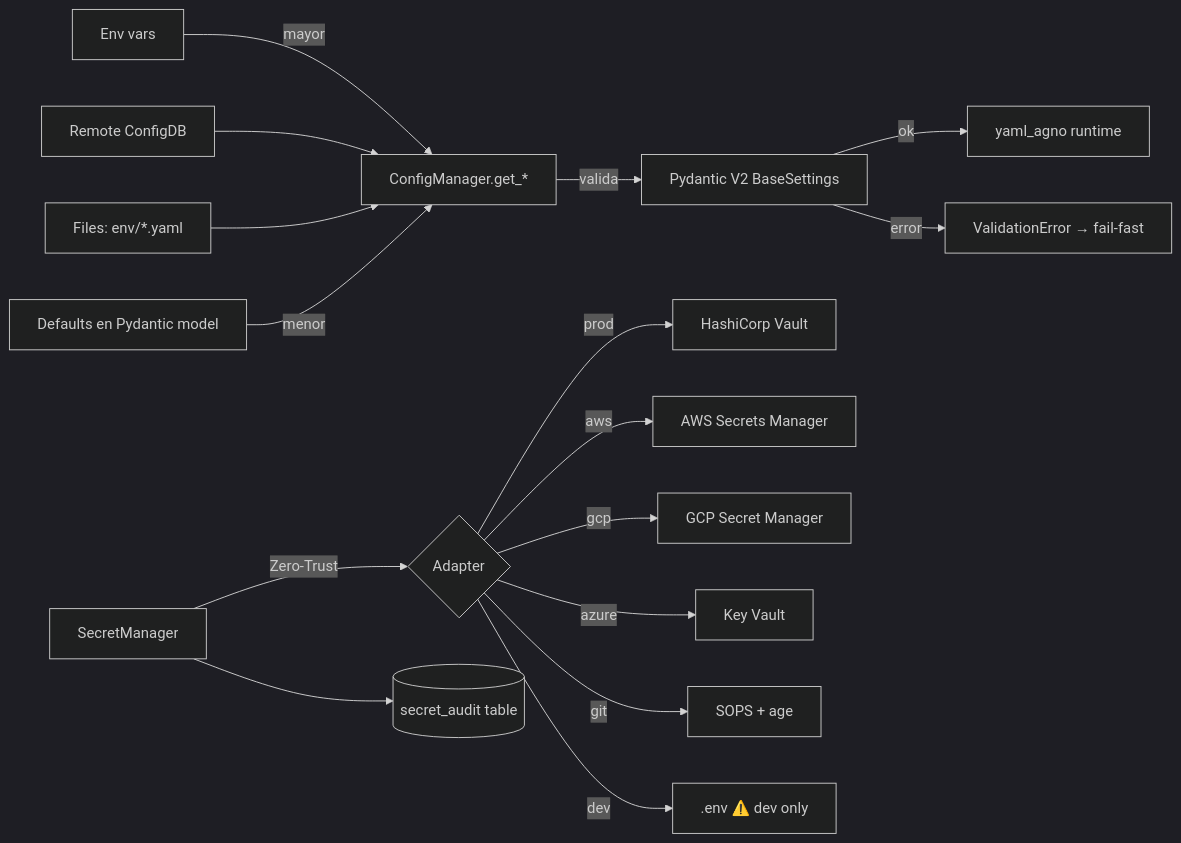
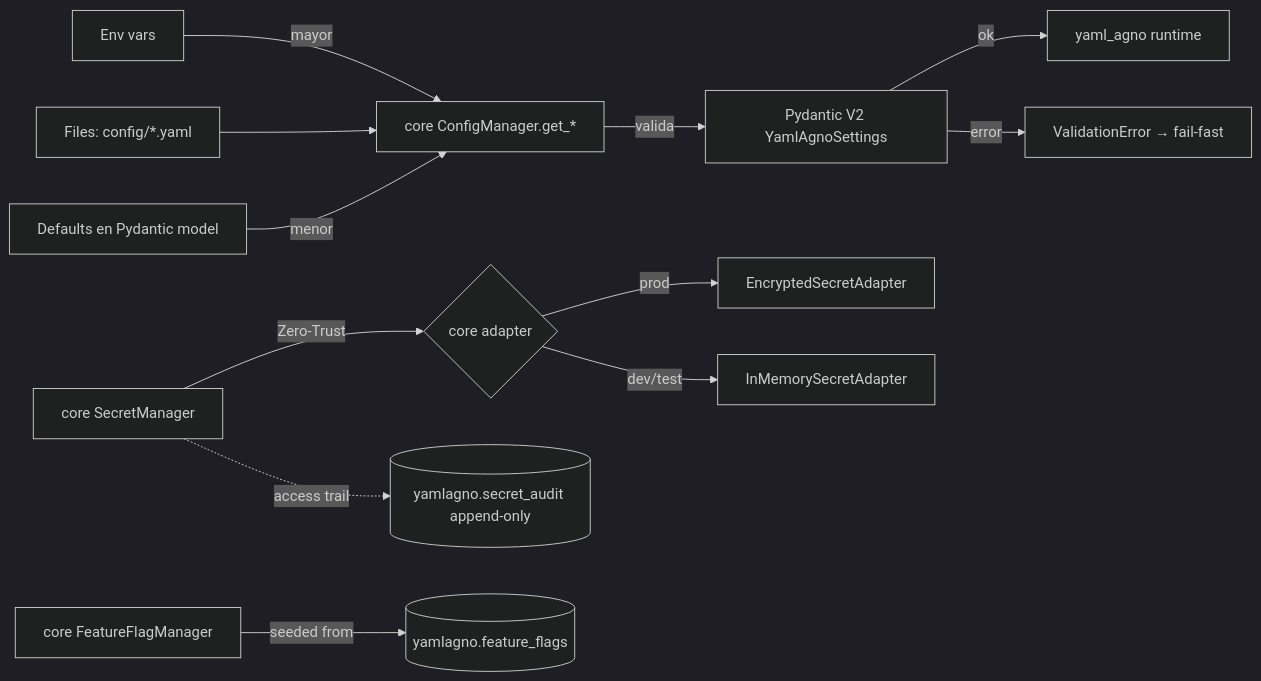
One commit to CENFARG/yaml-agno changed the diagram in specs/SPEC_23_CONFIG_AND_SECRETS.md. Above: the diagram before and after it, drawn with Mermaid (dark theme). The commit also changed other lines of this file and 8 other files, not shown here.

````diff
--- a/specs/SPEC_23_CONFIG_AND_SECRETS.md
+++ b/specs/SPEC_23_CONFIG_AND_SECRETS.md
@@ -49,21 +53,17 @@
 ```mermaid
 flowchart LR
-  ENV[Env vars] -->|mayor| CM[ConfigManager.get_*]
-  REMOTE[Remote ConfigDB] --> CM
-  FILES[Files: env/*.yaml] --> CM
+  ENV[Env vars] -->|mayor| CM[core ConfigManager.get_*]
+  FILES[Files: config/*.yaml] --> CM
   DEFAULTS[Defaults en Pydantic model] -->|menor| CM
 
-  CM -->|valida| PYD[Pydantic V2 BaseSettings]
+  CM -->|valida| PYD[Pydantic V2 YamlAgnoSettings]
   PYD -->|ok| APP[yaml_agno runtime]
   PYD -->|error| RAISE[ValidationError → fail-fast]
 
-  SM[SecretManager] -->|Zero-Trust| ADP{Adapter}
-  ADP -->|prod| VAULT[HashiCorp Vault]
-  ADP -->|aws| AWS[AWS Secrets Manager]
-  ADP -->|gcp| GCP[GCP Secret Manager]
-  ADP -->|azure| AZ[Key Vault]
-  ADP -->|git| SOPS[SOPS + age]
-  ADP -->|dev| DOTENV[.env ⚠️ dev only]
+  SM[core SecretManager] -->|Zero-Trust| ADP{core adapter}
+  ADP -->|prod| ENC[EncryptedSecretAdapter]
+  ADP -->|dev/test| MEM[InMemorySecretAdapter]
 
-  SM --> AUD[(secret_audit table)]
+  FF[core FeatureFlagManager] -->|seeded from| FFLAG[(yamlagno.feature_flags)]
+  SM -.access trail.-> AUD[(yamlagno.secret_audit append-only)]
 ```
````
